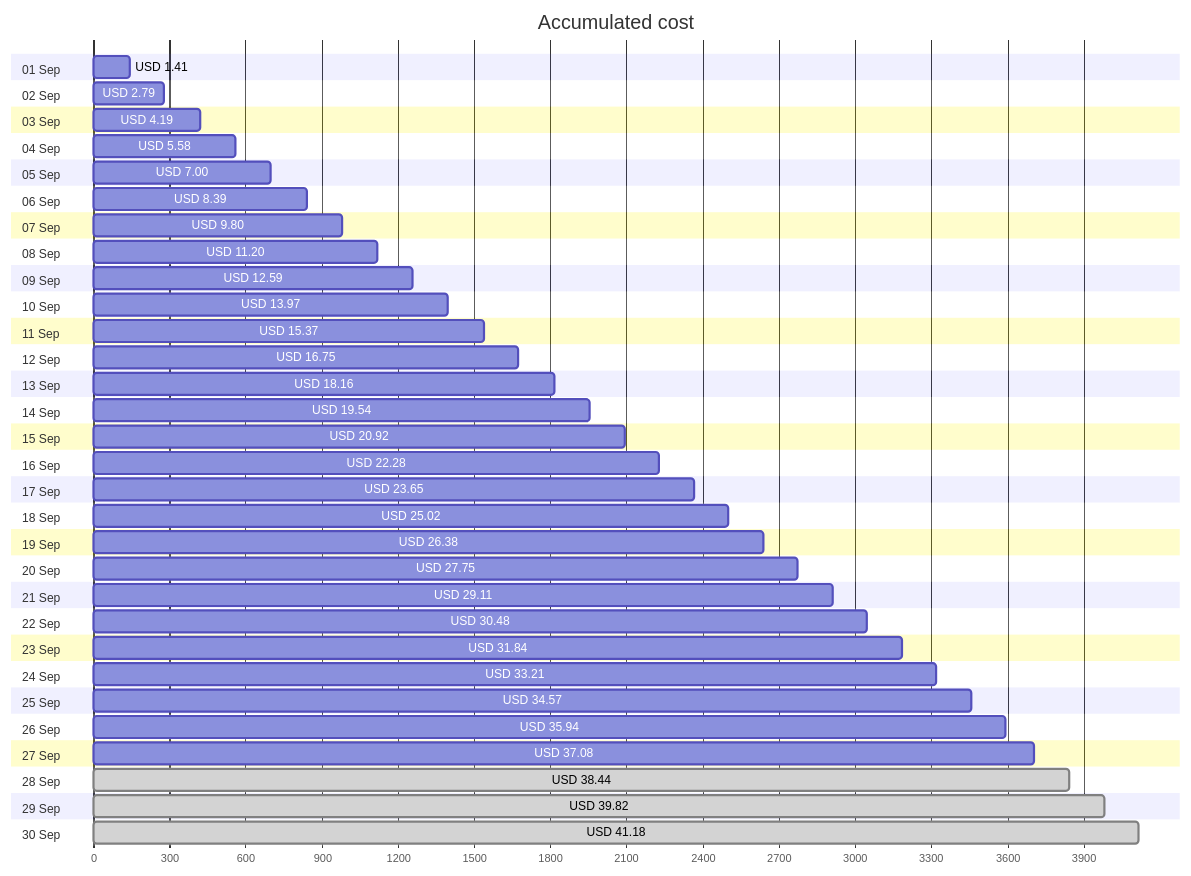
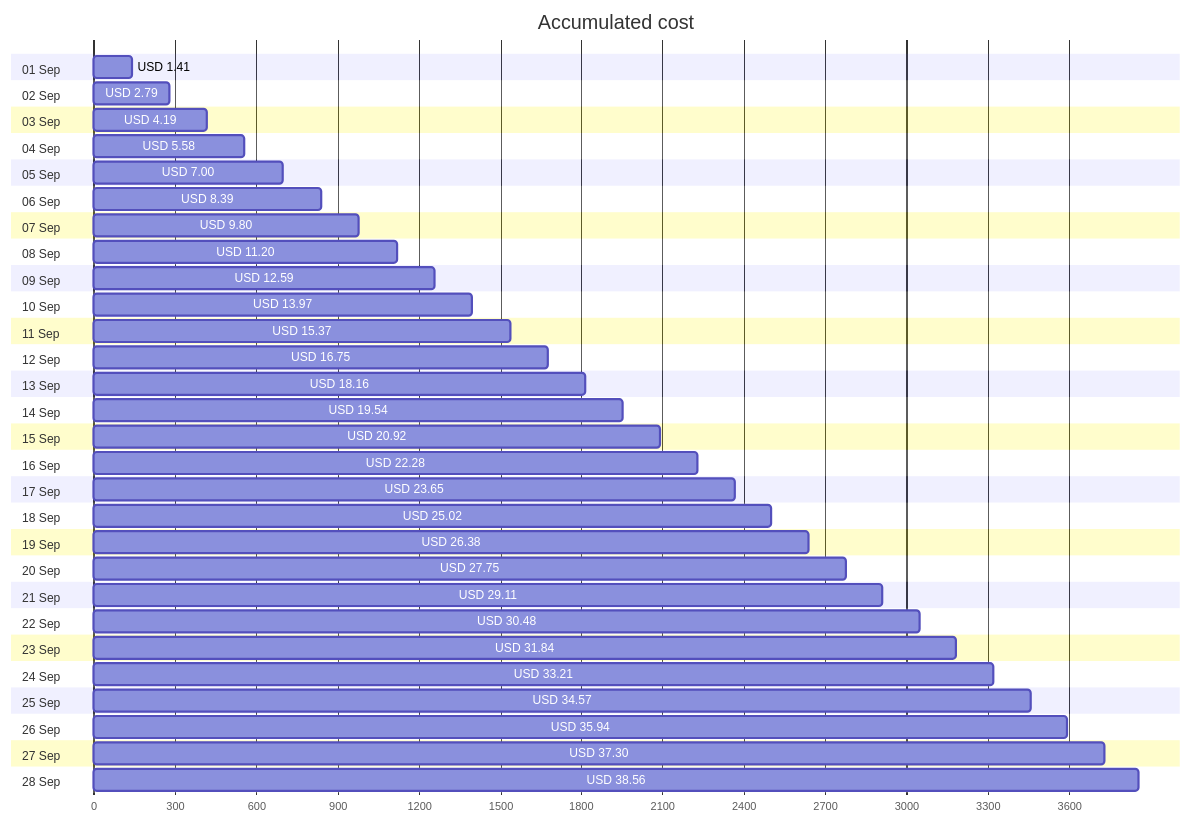
One commit to jpfulton/azure-personal-reports changed the first of 4 diagrams in cost-reports/personal-network/backup-data-disk.md. Above: the diagram before and after it, drawn with Mermaid. The commit also changed other lines of this file and 9 other files, not shown here.

````diff
--- a/cost-reports/personal-network/backup-data-disk.md
+++ b/cost-reports/personal-network/backup-data-disk.md
@@ -20,66 +20,62 @@
 ```mermaid
 gantt
    title Accumulated cost
    dateFormat  X
    axisFormat %s
    section 01 Sep
    USD 1.41 :0, 141
    section 02 Sep
    USD 2.79 :0, 279
    section 03 Sep
    USD 4.19 :0, 419
    section 04 Sep
    USD 5.58 :0, 558
    section 05 Sep
    USD 7.00 :0, 700
    section 06 Sep
    USD 8.39 :0, 839
    section 07 Sep
    USD 9.80 :0, 980
    section 08 Sep
    USD 11.20 :0, 1120
    section 09 Sep
    USD 12.59 :0, 1259
    section 10 Sep
    USD 13.97 :0, 1397
    section 11 Sep
    USD 15.37 :0, 1537
    section 12 Sep
    USD 16.75 :0, 1675
    section 13 Sep
    USD 18.16 :0, 1816
    section 14 Sep
    USD 19.54 :0, 1954
    section 15 Sep
    USD 20.92 :0, 2092
    section 16 Sep
    USD 22.28 :0, 2228
    section 17 Sep
    USD 23.65 :0, 2365
    section 18 Sep
    USD 25.02 :0, 2502
    section 19 Sep
    USD 26.38 :0, 2638
    section 20 Sep
    USD 27.75 :0, 2775
    section 21 Sep
    USD 29.11 :0, 2911
    section 22 Sep
    USD 30.48 :0, 3048
    section 23 Sep
    USD 31.84 :0, 3184
    section 24 Sep
    USD 33.21 :0, 3321
    section 25 Sep
    USD 34.57 :0, 3457
    section 26 Sep
    USD 35.94 :0, 3594
    section 27 Sep
-   USD 37.08 :0, 3708
+   USD 37.30 :0, 3730
    section 28 Sep
-   USD 38.44 : done, 0, 3844
-   section 29 Sep
-   USD 39.82 : done, 0, 3982
-   section 30 Sep
-   USD 41.18 : done, 0, 4118
+   USD 38.56 :0, 3856
 ```
````
